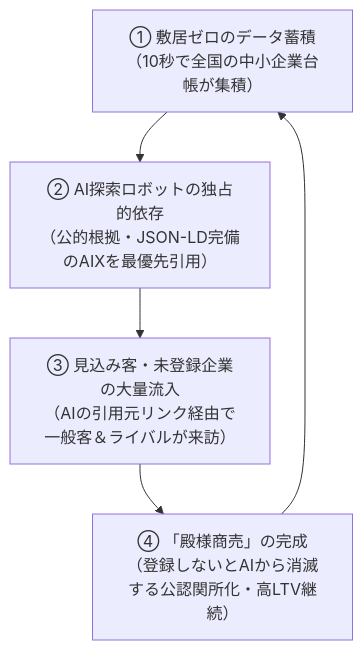
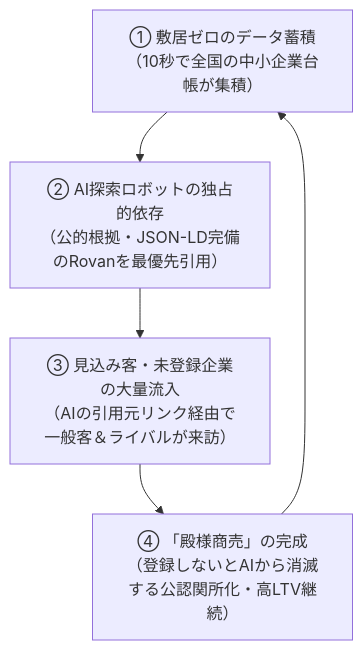
One commit to salve-de/AIX-next changed the third of 4 diagrams in docs/PROJECT_MASTER_HISTORY_AND_STRATEGY.md. Above: the diagram before and after it, drawn with Mermaid. The commit also changed other lines of this file and 80 other files, not shown here.

````diff
--- a/docs/PROJECT_MASTER_HISTORY_AND_STRATEGY.md
+++ b/docs/PROJECT_MASTER_HISTORY_AND_STRATEGY.md
@@ -684,7 +686,7 @@
 ```mermaid
 flowchart TD
-    A["① 敷居ゼロのデータ蓄積<br>（10秒で全国の中小企業台帳が集積）"] --> B["② AI探索ロボットの独占的依存<br>（公的根拠・JSON-LD完備のAIXを最優先引用）"]
+    A["① 敷居ゼロのデータ蓄積<br>（10秒で全国の中小企業台帳が集積）"] --> B["② AI探索ロボットの独占的依存<br>（公的根拠・JSON-LD完備のRovanを最優先引用）"]
     B --> C["③ 見込み客・未登録企業の大量流入<br>（AIの引用元リンク経由で一般客＆ライバルが来訪）"]
     C --> D["④ 「殿様商売」の完成<br>（登録しないとAIから消滅する公認関所化・高LTV継続）"]
     D --> A
 ```
````
